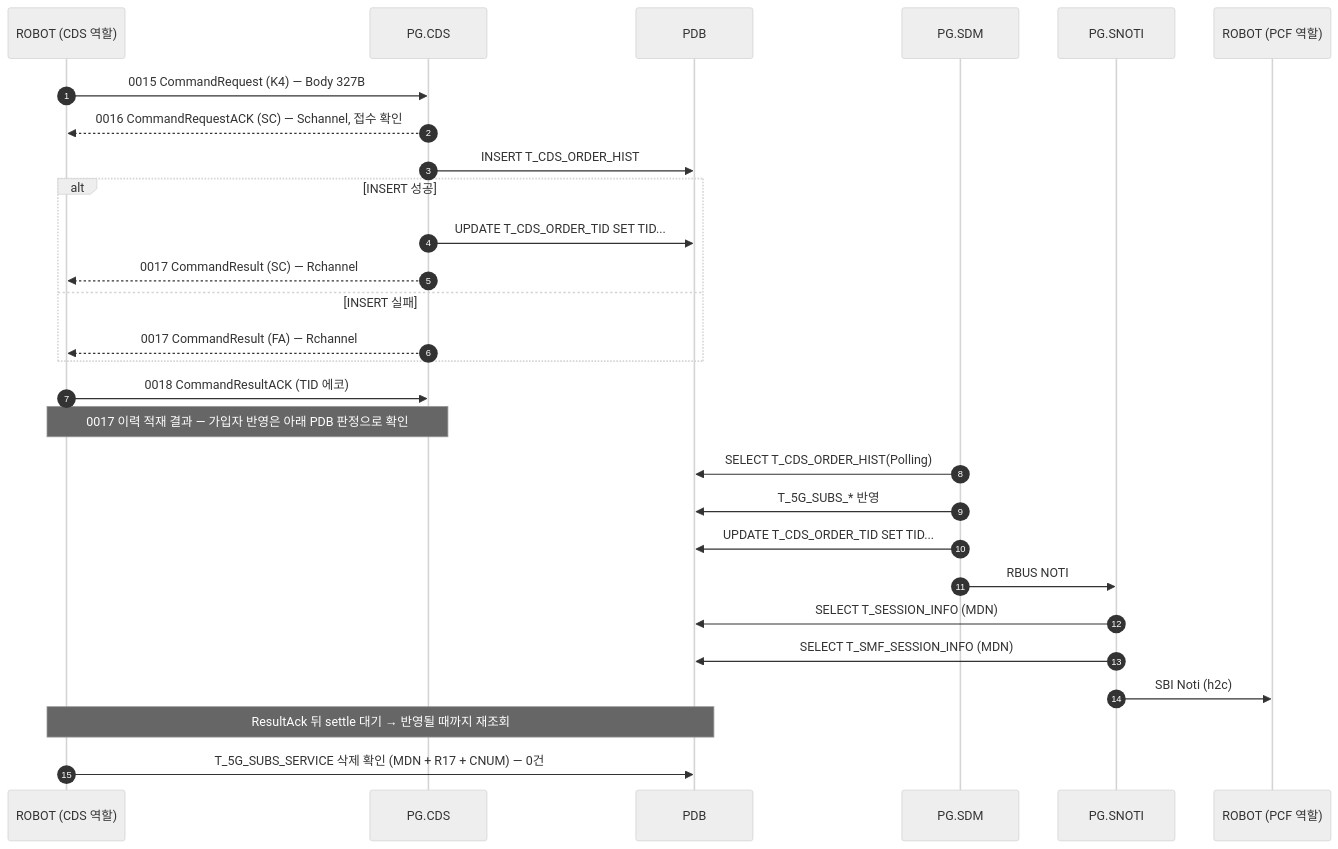
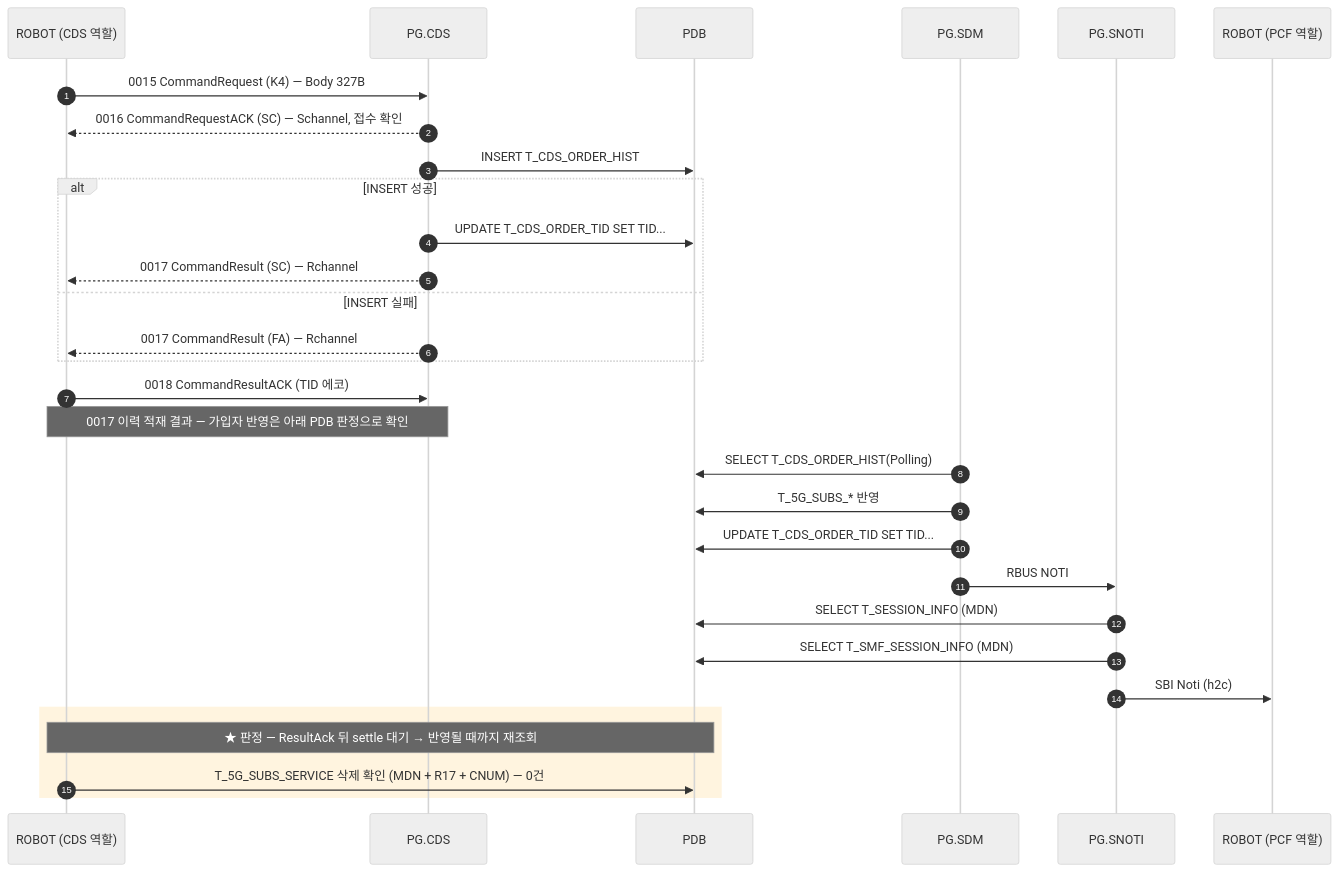
The diagram in docs/callflow/CDS_K4.md (IanKim2030/tc4robot), drawn with Mermaid (neutral theme) before and after one commit. The commit also changed 19 other files, not shown here.

````diff
--- a/docs/callflow/CDS_K4.md
+++ b/docs/callflow/CDS_K4.md
@@ -17,32 +17,34 @@
 ```mermaid
 sequenceDiagram
     autonumber
     participant TOOL as ROBOT (CDS 역할)
     participant PCDS as PG.CDS
     participant PDB as PDB
     participant SDM as PG.SDM
     participant SNOTI as PG.SNOTI
     participant PCF as ROBOT (PCF 역할)
 
     TOOL->>PCDS: 0015 CommandRequest (K4) — Body 327B
     PCDS-->>TOOL: 0016 CommandRequestACK (SC) — Schannel, 접수 확인
     PCDS->>PDB: INSERT T_CDS_ORDER_HIST
     alt INSERT 성공
         PCDS->>PDB: UPDATE T_CDS_ORDER_TID SET TID...
         PCDS-->>TOOL: 0017 CommandResult (SC) — Rchannel
     else INSERT 실패
         PCDS-->>TOOL: 0017 CommandResult (FA) — Rchannel
     end
     TOOL->>PCDS: 0018 CommandResultACK (TID 에코)
     Note over TOOL,PCDS: 0017 이력 적재 결과 — 가입자 반영은 아래 PDB 판정으로 확인
 
     SDM->>PDB: SELECT T_CDS_ORDER_HIST(Polling)
     SDM->>PDB: T_5G_SUBS_* 반영
     SDM->>PDB: UPDATE T_CDS_ORDER_TID SET TID...
     SDM->>SNOTI: RBUS NOTI
     SNOTI->>PDB: SELECT T_SESSION_INFO (MDN)
     SNOTI->>PDB: SELECT T_SMF_SESSION_INFO (MDN)
     SNOTI->>PCF: SBI Noti (h2c)
-    Note over TOOL,PDB: ResultAck 뒤 settle 대기 → 반영될 때까지 재조회
-    TOOL->>PDB: T_5G_SUBS_SERVICE 삭제 확인 (MDN + R17 + CNUM) — 0건
+    rect rgba(255, 176, 32, 0.14)
+    Note over TOOL,PDB: ★ 판정 — ResultAck 뒤 settle 대기 → 반영될 때까지 재조회
+        TOOL->>PDB: T_5G_SUBS_SERVICE 삭제 확인 (MDN + R17 + CNUM) — 0건
+    end
 ```
````
